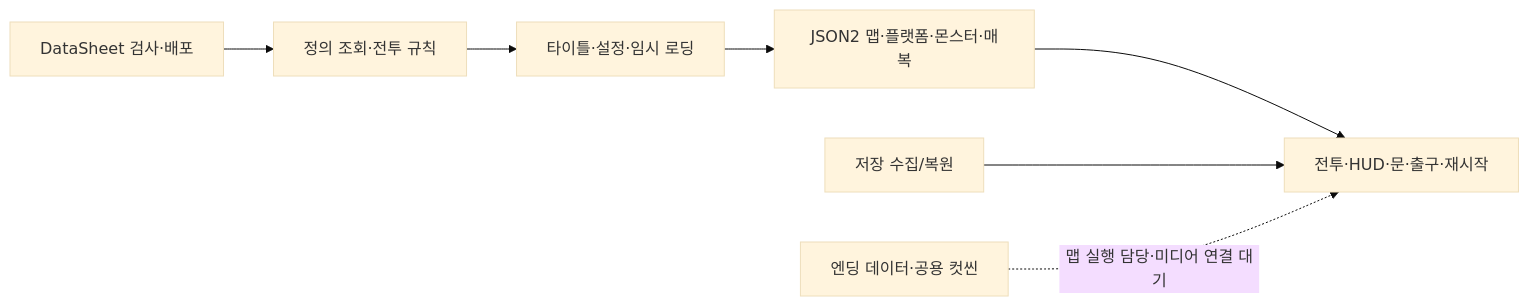
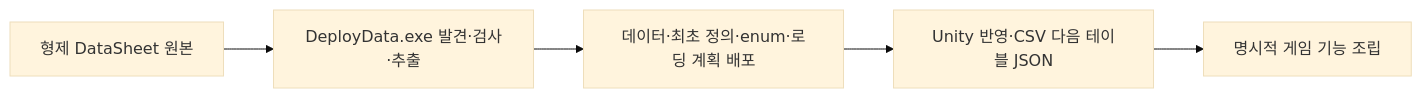
One commit to lkhwcf-arch/Human_Ghost- changed the second of 3 diagrams in README.md. Above: the diagram before and after it, drawn with Mermaid (base theme). The commit also changed other lines of this file and 92 other files, not shown here.

````diff
--- a/README.md
+++ b/README.md
@@ -101,9 +40,7 @@
-```mermaid
+~~~mermaid
 flowchart LR
-    A[DataSheet 검사·배포] --> B[정의 조회·전투 규칙]
-    B --> C[타이틀·설정·임시 로딩]
-    C --> D[JSON2 맵·플랫폼·몬스터·매복]
-    D --> E[전투·HUD·문·출구·재시작]
-    F[저장 수집/복원] --> E
-    G[엔딩 데이터·공용 컷씬] -.맵 실행 담당·미디어 연결 대기.-> E
-```
+    A[형제 DataSheet 원본] --> B[DeployData.exe 발견·검사·추출]
+    B --> C[데이터·최초 정의·enum·로딩 계획 배포]
+    C --> D[Unity 반영·CSV 다음 테이블 JSON]
+    D --> E[명시적 게임 기능 조립]
+~~~
````
